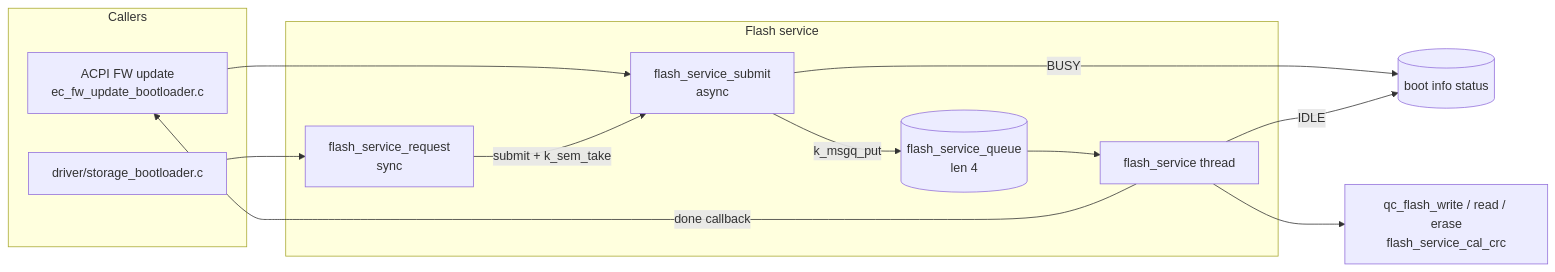
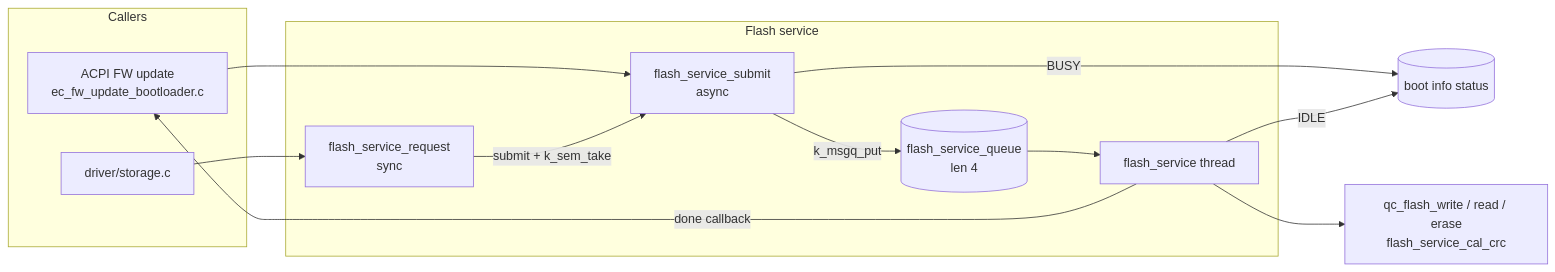
The diagram in service/flash/readme_en.md (MCHP-Andy/ec_qualcomm), drawn with Mermaid before and after one commit. The commit also changed other lines of this file and 8 other files, not shown here.

First line of the commit message:
refactor(storage): merge bootloader storage into driver/storage.c

````diff
--- a/service/flash/readme_en.md
+++ b/service/flash/readme_en.md
@@ -15,27 +15,27 @@
 ```mermaid
 graph LR
     subgraph "Callers"
         FW[ACPI FW update<br/>ec_fw_update_bootloader.c]
-        STO[driver/storage_bootloader.c]
+        STO[driver/storage.c]
     end
 
     subgraph "Flash service"
         SUB[flash_service_submit<br/>async]
         REQ[flash_service_request<br/>sync]
         Q[(flash_service_queue<br/>len 4)]
         THR[flash_service thread]
     end
 
     DRV[qc_flash_write / read / erase<br/>flash_service_cal_crc]
     INFO[(boot info status)]
 
     FW --> SUB
     STO --> REQ
     REQ -->|submit + k_sem_take| SUB
     SUB -->|BUSY| INFO
     SUB -->|k_msgq_put| Q
     Q --> THR
     THR --> DRV
     THR -->|done callback| FW
     THR -->|IDLE| INFO
 ```
````
